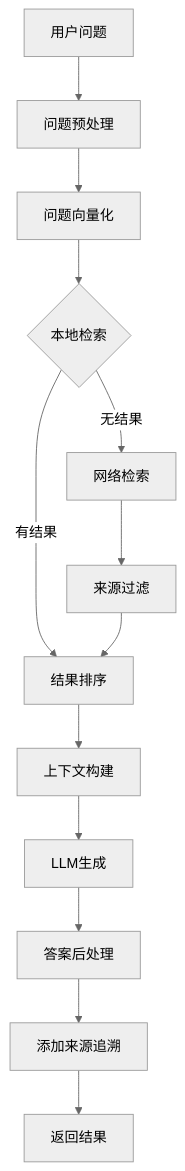
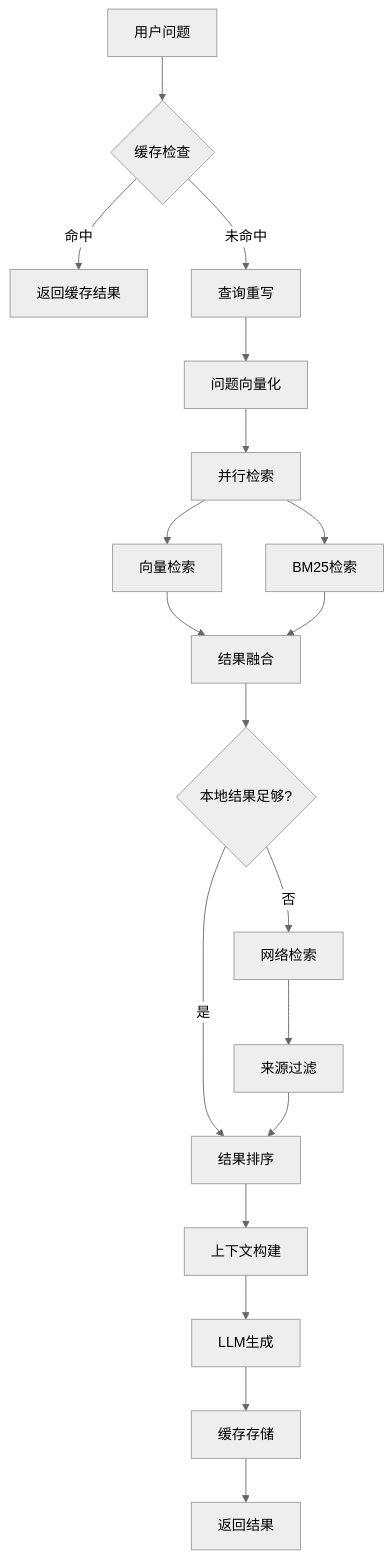
Before and after one commit to liuxinrongjinmu/ai_rag_Engineering_Quality_Inspection: the fourth of 4 diagrams in docs/工程质检RAG系统/DESIGN_工程质检RAG系统.md, drawn with Mermaid (neutral theme). The commit also changed other lines of this file and 14 other files, not shown here.

````diff
--- a/docs/工程质检RAG系统/DESIGN_工程质检RAG系统.md
+++ b/docs/工程质检RAG系统/DESIGN_工程质检RAG系统.md
@@ -332,18 +376,24 @@
 ```mermaid
 flowchart TD
-    Q[用户问题] --> P1[问题预处理]
+    Q[用户问题] --> C1{缓存检查}
+    C1 -->|命中| R[返回缓存结果]
+    C1 -->|未命中| P1[查询重写]
     P1 --> P2[问题向量化]
-    P2 --> L1{本地检索}
+    P2 --> H1[并行检索]
     
-    L1 -->|有结果| R1[结果排序]
-    L1 -->|无结果| W1[网络检索]
+    H1 --> L1[向量检索]
+    H1 --> L2[BM25检索]
+    L1 --> F1[结果融合]
+    L2 --> F1
     
+    F1 --> C2{本地结果足够?}
+    C2 -->|是| R1[结果排序]
+    C2 -->|否| W1[网络检索]
     W1 --> W2[来源过滤]
     W2 --> R1
     
-    R1 --> C1[上下文构建]
-    C1 --> LLM[LLM生成]
-    LLM --> A1[答案后处理]
-    A1 --> A2[添加来源追溯]
-    A2 --> R[返回结果]
+    R1 --> C3[上下文构建]
+    C3 --> LLM[LLM生成]
+    LLM --> A1[缓存存储]
+    A1 --> A2[返回结果]
 ```
````
